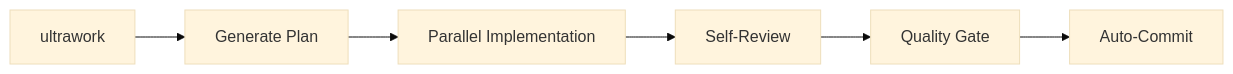
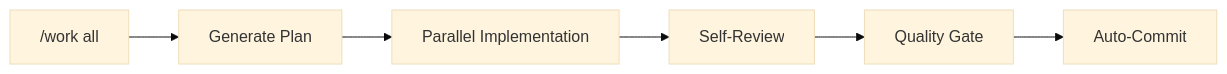
The second of 2 diagrams in README.md (tim-hub/powerball-harness), drawn with Mermaid (base theme) before and after one commit. The commit also changed other lines of this file and 251 other files, not shown here.

````diff
--- a/README.md
+++ b/README.md
@@ -104,8 +104,8 @@
 ```mermaid
 graph LR
-    A["ultrawork"] --> B["Generate Plan"]
+    A["/work all"] --> B["Generate Plan"]
     B --> C["Parallel Implementation"]
     C --> D["Self-Review"]
     D --> E["Quality Gate"]
     E --> F["Auto-Commit"]
 ```
````
